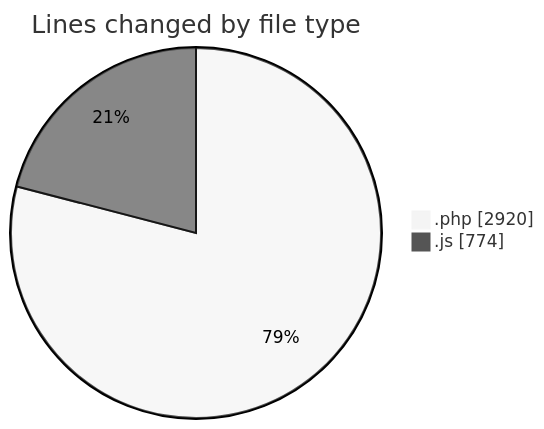
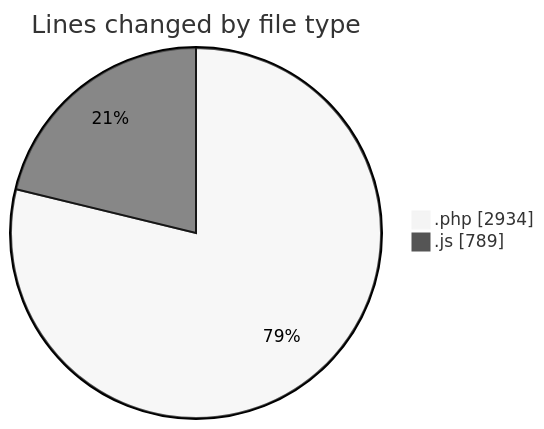
The first of 2 diagrams in 2026-10-20/untitled__workspace_/README.md (debugP/code-tracking), drawn with Mermaid (neutral theme) before and after one commit. The commit also changed other lines of this file and 1 other file, not shown here.

````diff
--- a/2026-10-20/untitled__workspace_/README.md
+++ b/2026-10-20/untitled__workspace_/README.md
@@ -21,6 +21,6 @@
 ```mermaid
 pie showData
 title Lines changed by file type
-".php" : 2920
-".js" : 774
+".php" : 2934
+".js" : 789
 ```
````
